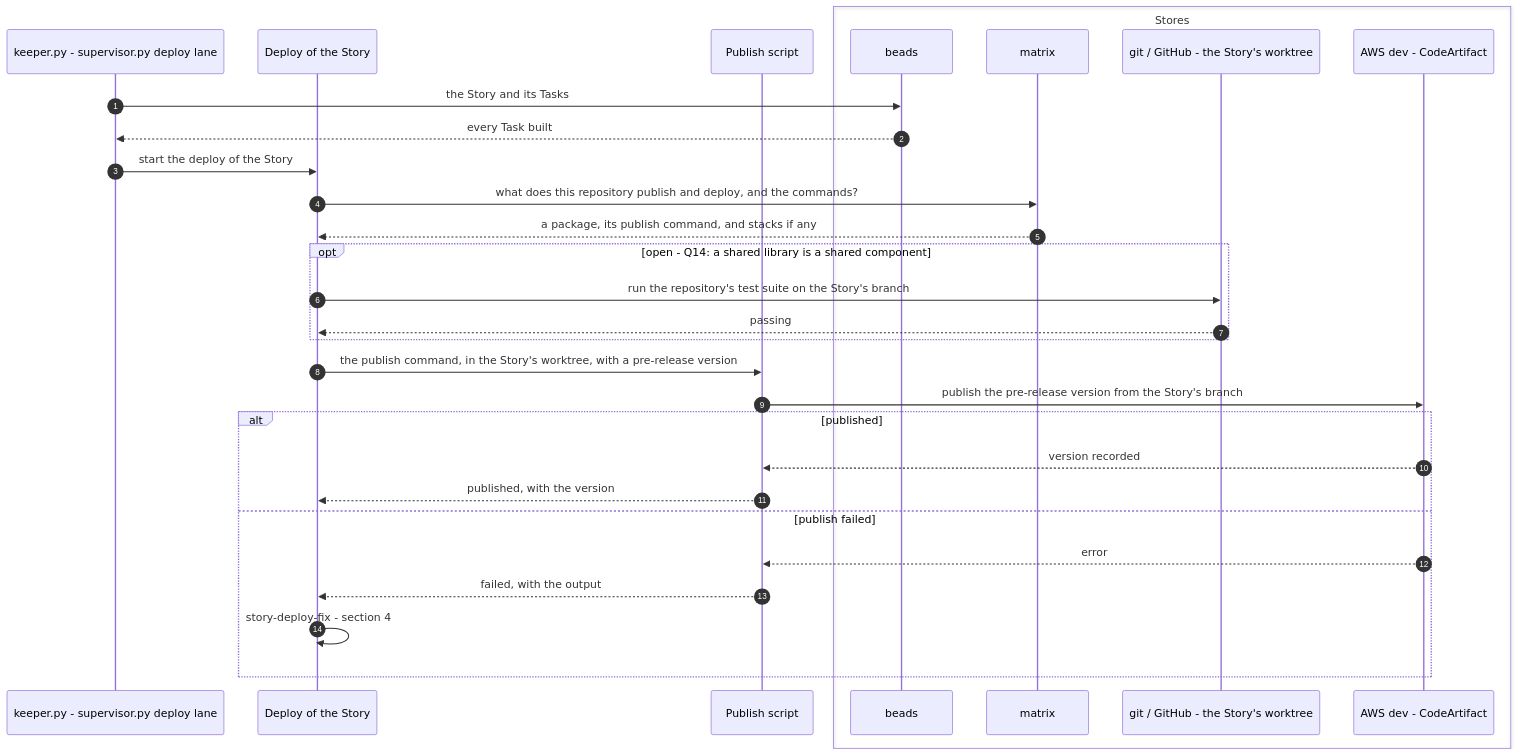
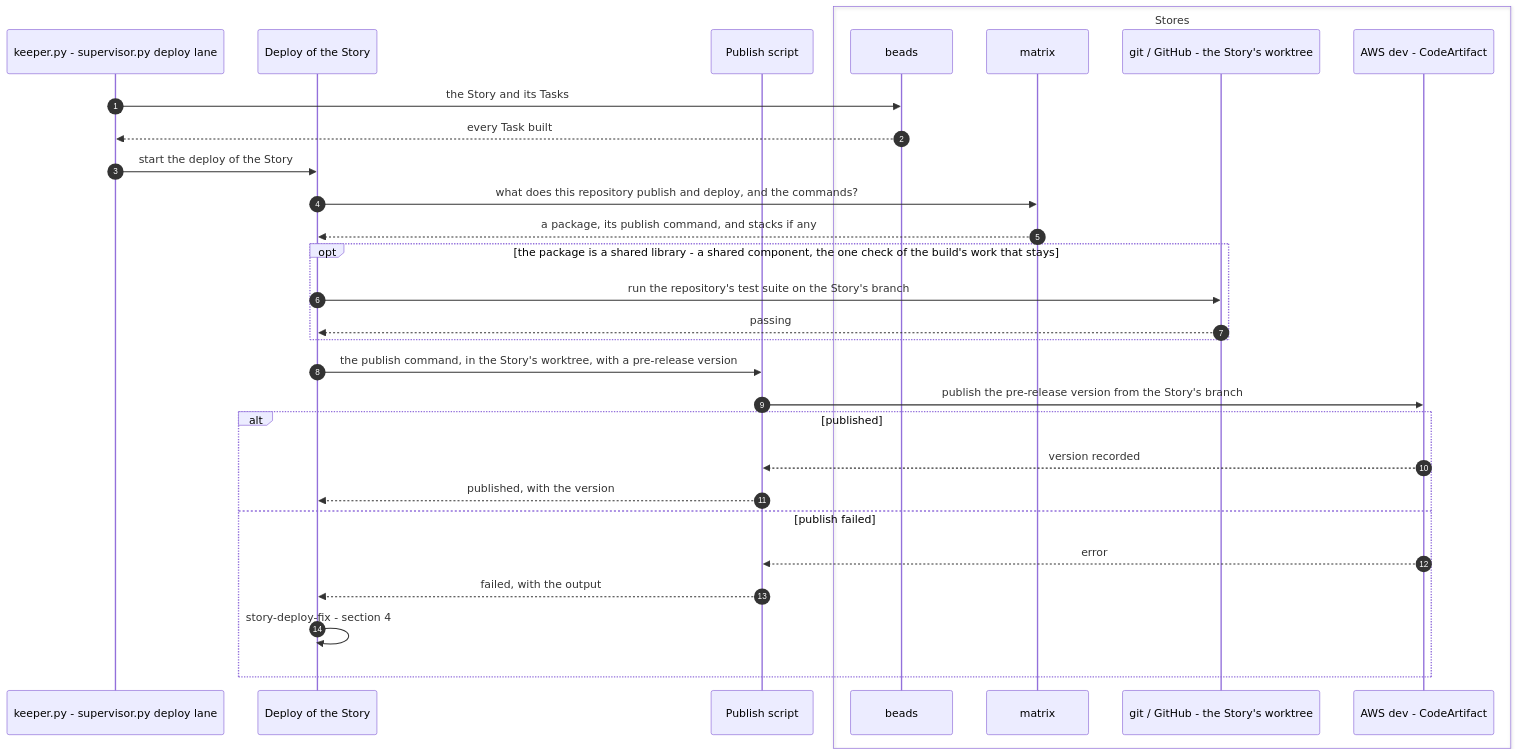
The second of 9 diagrams in plugins/agent-teams-workforce/blueprint/design/pipelines-deploy.md (mark-satterfield/toolset), drawn with Mermaid before and after one commit. The commit also changed other lines of this file and 44 other files, not shown here.

````diff
--- a/plugins/agent-teams-workforce/blueprint/design/pipelines-deploy.md
+++ b/plugins/agent-teams-workforce/blueprint/design/pipelines-deploy.md
@@ -151,33 +156,33 @@
 ```mermaid
 sequenceDiagram
     autonumber
     participant K as keeper.py - supervisor.py deploy lane
     participant DW as Deploy of the Story
     participant RUN as Publish script
     box Stores
         participant BD as beads
         participant MX as matrix
         participant G as git / GitHub - the Story's worktree
         participant AWS as AWS dev - CodeArtifact
     end
 
     K->>BD: the Story and its Tasks
     BD-->>K: every Task built
     K->>DW: start the deploy of the Story
     DW->>MX: what does this repository publish and deploy, and the commands?
     MX-->>DW: a package, its publish command, and stacks if any
-    opt open - Q14: a shared library is a shared component
+    opt the package is a shared library - a shared component, the one check of the build's work that stays
         DW->>G: run the repository's test suite on the Story's branch
         G-->>DW: passing
     end
     DW->>RUN: the publish command, in the Story's worktree, with a pre-release version
     RUN->>AWS: publish the pre-release version from the Story's branch
     alt published
         AWS-->>RUN: version recorded
         RUN-->>DW: published, with the version
     else publish failed
         AWS-->>RUN: error
         RUN-->>DW: failed, with the output
         DW->>DW: story-deploy-fix - section 4
     end
 ```
````
